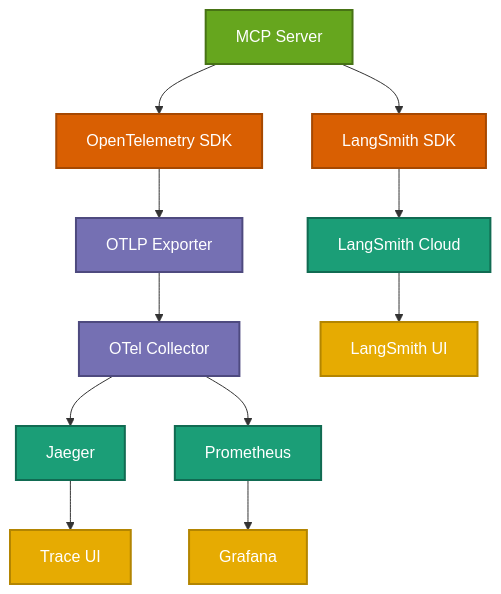
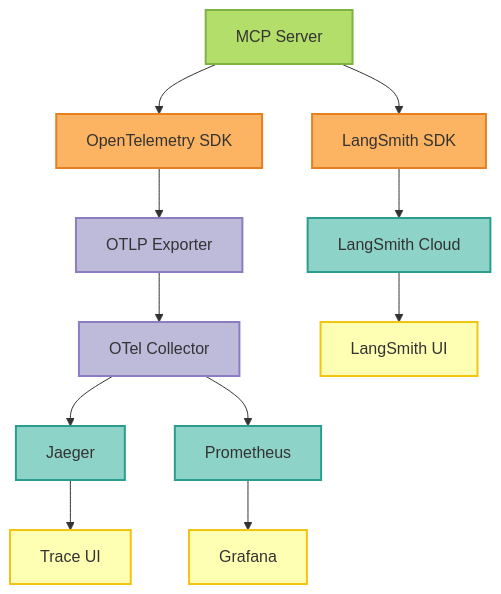
One commit to vishnu2kmohan/mcp-server-langgraph changed the diagram in docs/getting-started/observability.mdx. Above: the diagram before and after it, drawn with Mermaid. The commit also changed 11 other files, not shown here.

First line of the commit message:
style: migrate all diagrams from Dark2 to Set3 ColorBrewer2 palette

````diff
--- a/docs/getting-started/observability.mdx
+++ b/docs/getting-started/observability.mdx
@@ -17,30 +17,30 @@
 ```mermaid
 graph TB
     App[MCP Server] --> OTel[OpenTelemetry SDK]
     App --> LS[LangSmith SDK]
 
     OTel --> Exporter[OTLP Exporter]
     Exporter --> Collector[OTel Collector]
 
     Collector --> Jaeger[Jaeger]
     Collector --> Prometheus[Prometheus]
 
     LS --> LSCloud[LangSmith Cloud]
 
     Prometheus --> Grafana[Grafana]
     Jaeger --> Dashboard1[Trace UI]
     LSCloud --> Dashboard2[LangSmith UI]
 
-    %% ColorBrewer2 Dark2 palette styling
-    classDef appStyle fill:#66a61e,stroke:#477315,stroke-width:2px,color:#fff
-    classDef sdkStyle fill:#d95f02,stroke:#a64801,stroke-width:2px,color:#fff
-    classDef collectorStyle fill:#7570b3,stroke:#4e4a7f,stroke-width:2px,color:#fff
-    classDef backendStyle fill:#1b9e77,stroke:#116b52,stroke-width:2px,color:#fff
-    classDef dashStyle fill:#e6ab02,stroke:#b38501,stroke-width:2px,color:#fff
+    %% ColorBrewer2 Set3 palette styling
+    classDef appStyle fill:#b3de69,stroke:#7cb342,stroke-width:2px,color:#333
+    classDef sdkStyle fill:#fdb462,stroke:#e67e22,stroke-width:2px,color:#333
+    classDef collectorStyle fill:#bebada,stroke:#8e7cc3,stroke-width:2px,color:#333
+    classDef backendStyle fill:#8dd3c7,stroke:#2a9d8f,stroke-width:2px,color:#333
+    classDef dashStyle fill:#ffffb3,stroke:#f1c40f,stroke-width:2px,color:#333
 
     class App appStyle
     class OTel,LS sdkStyle
     class Exporter,Collector collectorStyle
     class Jaeger,Prometheus,LSCloud backendStyle
     class Grafana,Dashboard1,Dashboard2 dashStyle
 ```
````
